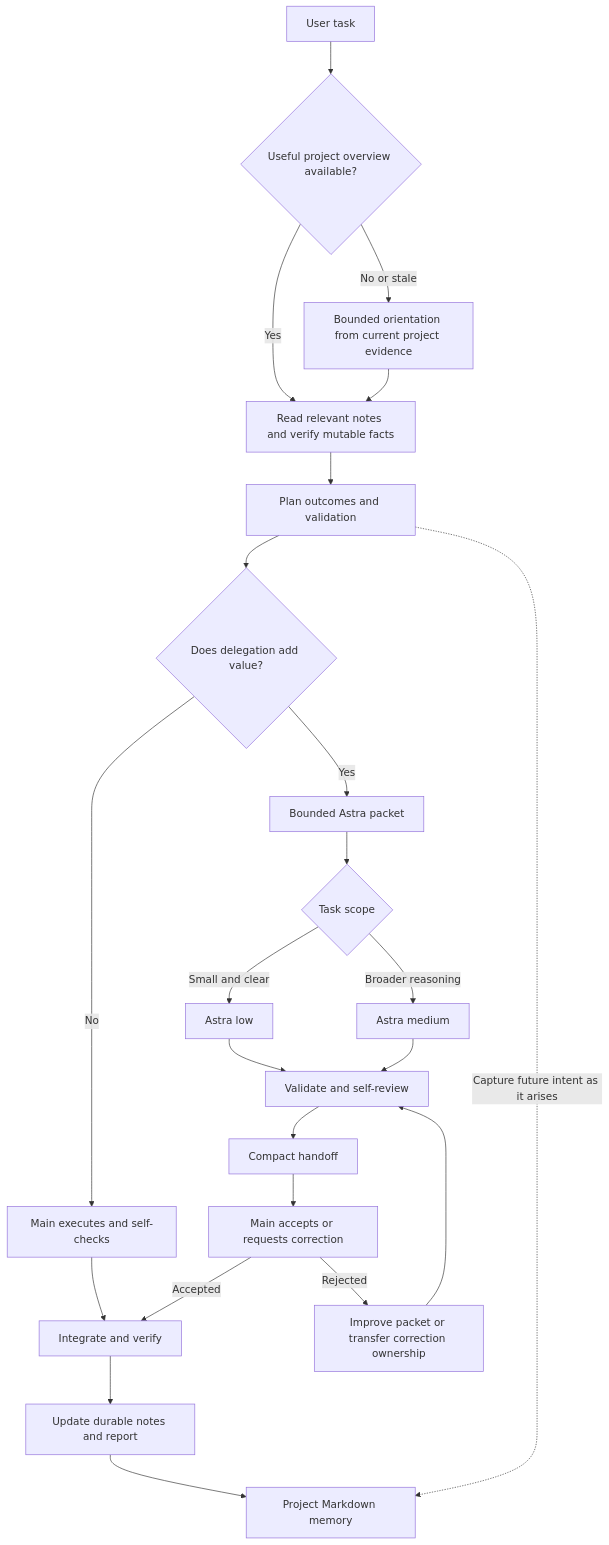
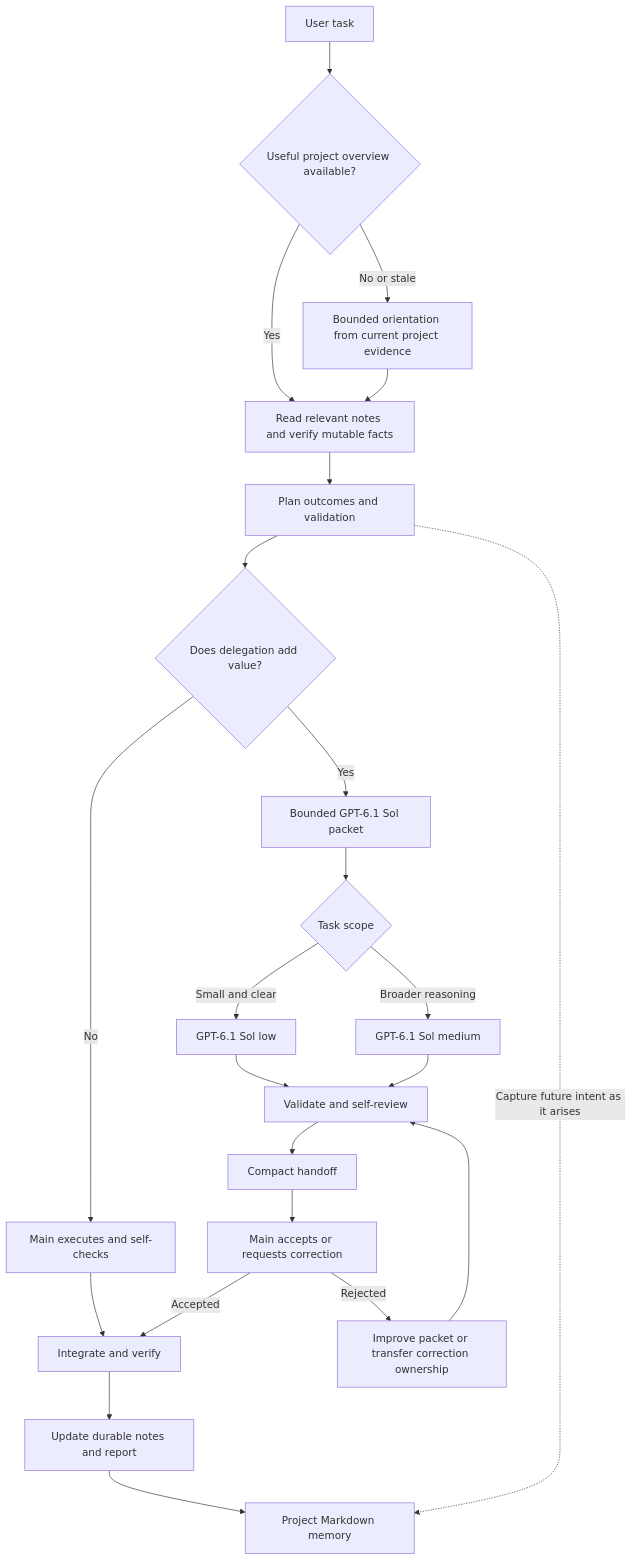
One commit to HakanBabus/AgentMaxxing changed the diagram in docs/ARCHITECTURE.md. Above: the diagram before and after it, drawn with Mermaid. The commit also changed other lines of this file and 13 other files, not shown here.

Commit message:
Correct worker model to GPT-6.1 Sol

````diff
--- a/docs/ARCHITECTURE.md
+++ b/docs/ARCHITECTURE.md
@@ -11,25 +11,25 @@
 ```mermaid
 flowchart TD
     A[User task] --> B{Useful project overview available?}
     B -->|Yes| R[Read relevant notes and verify mutable facts]
     B -->|No or stale| Q[Bounded orientation from current project evidence]
     Q --> R
     R --> C[Plan outcomes and validation]
     C --> D{Does delegation add value?}
     D -->|No| E[Main executes and self-checks]
-    D -->|Yes| F[Bounded Astra packet]
+    D -->|Yes| F[Bounded GPT-6.1 Sol packet]
     F --> G{Task scope}
-    G -->|Small and clear| H[Astra low]
-    G -->|Broader reasoning| I[Astra medium]
+    G -->|Small and clear| H[GPT-6.1 Sol low]
+    G -->|Broader reasoning| I[GPT-6.1 Sol medium]
     H --> J[Validate and self-review]
     I --> J
     J --> K[Compact handoff]
     K --> L[Main accepts or requests correction]
     E --> M[Integrate and verify]
     L -->|Accepted| M
     L -->|Rejected| N[Improve packet or transfer correction ownership]
     N --> J
     M --> O[Update durable notes and report]
     C -. Capture future intent as it arises .-> P[Project Markdown memory]
     O --> P
 ```
````
